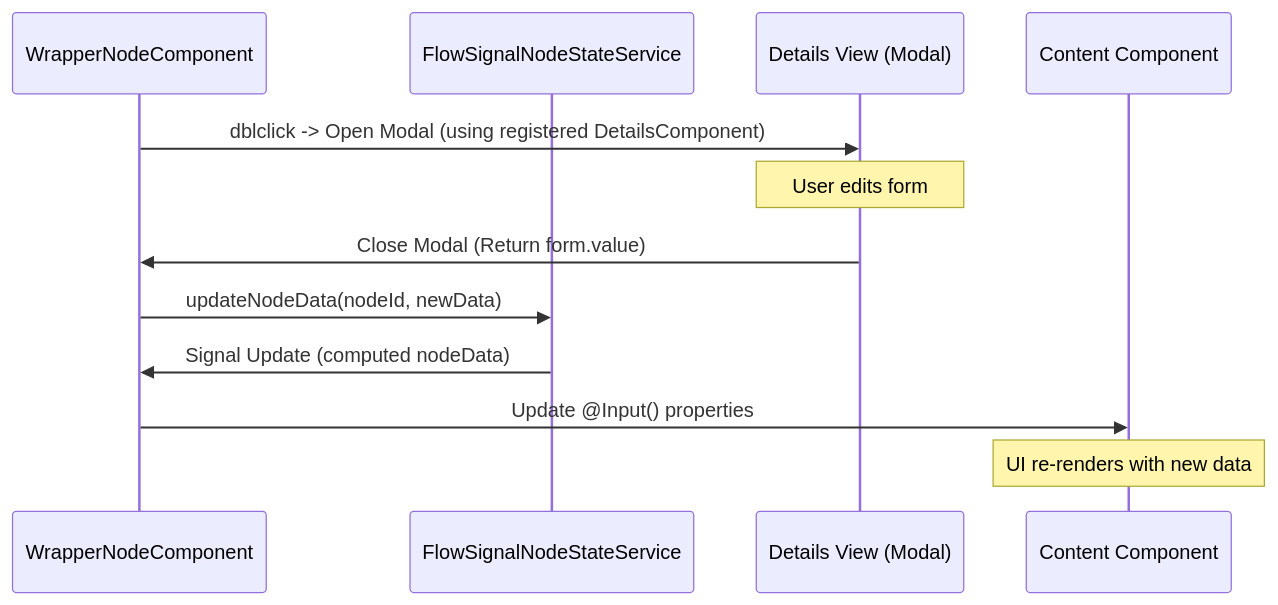
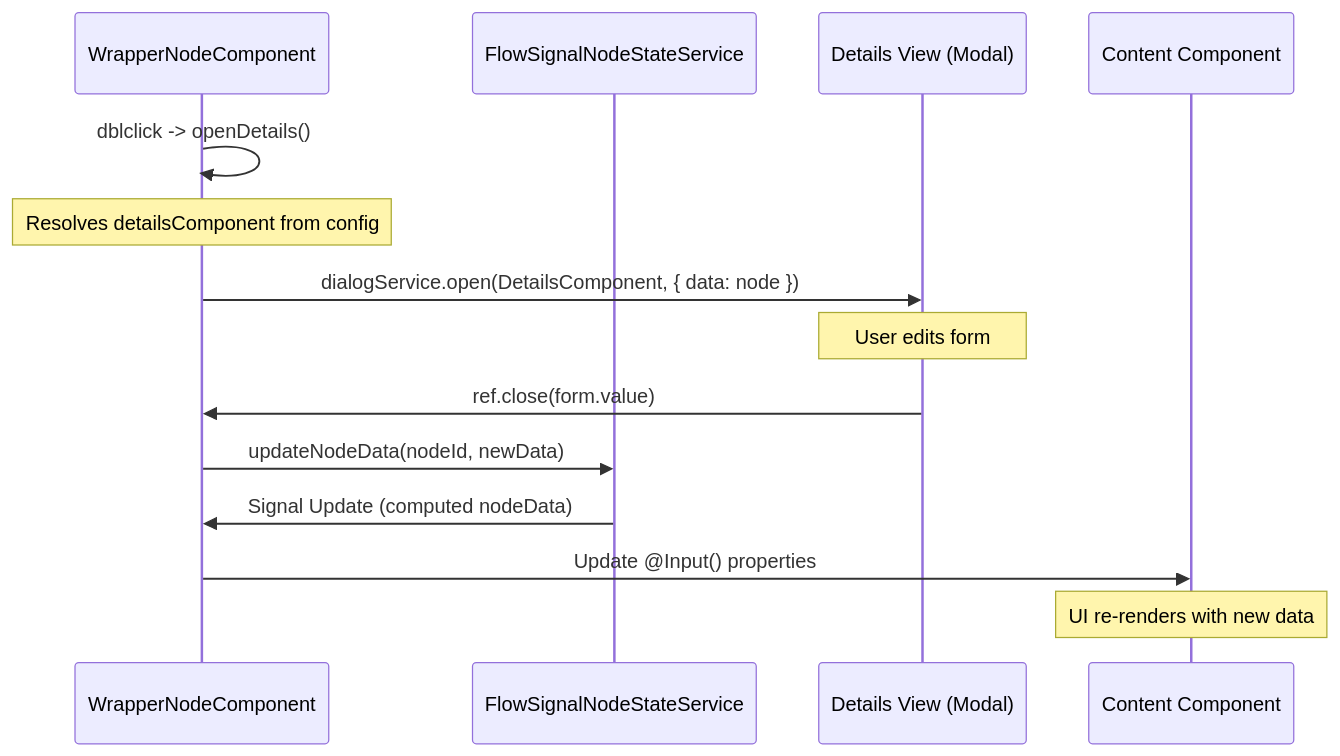
One commit to adamofig/control-markets-angular changed the diagram in docs/reference/node-details-communication.md. Above: the diagram before and after it, drawn with Mermaid. The commit also changed 7 other files, not shown here.

````diff
--- a/docs/reference/node-details-communication.md
+++ b/docs/reference/node-details-communication.md
@@ -25,15 +25,17 @@
 ```mermaid
 sequenceDiagram
     participant WN as WrapperNodeComponent
     participant SS as FlowSignalNodeStateService
     participant DV as Details View (Modal)
     participant CC as Content Component
 
-    WN->>DV: dblclick -> Open Modal (using registered DetailsComponent)
+    WN->>WN: dblclick -> openDetails()
+    Note over WN: Resolves detailsComponent from config
+    WN->>DV: dialogService.open(DetailsComponent, { data: node })
     Note over DV: User edits form
-    DV->>WN: Close Modal (Return form.value)
+    DV->>WN: ref.close(form.value)
     WN->>SS: updateNodeData(nodeId, newData)
     SS->>WN: Signal Update (computed nodeData)
     WN->>CC: Update @Input() properties
     Note over CC: UI re-renders with new data
 ```
````
